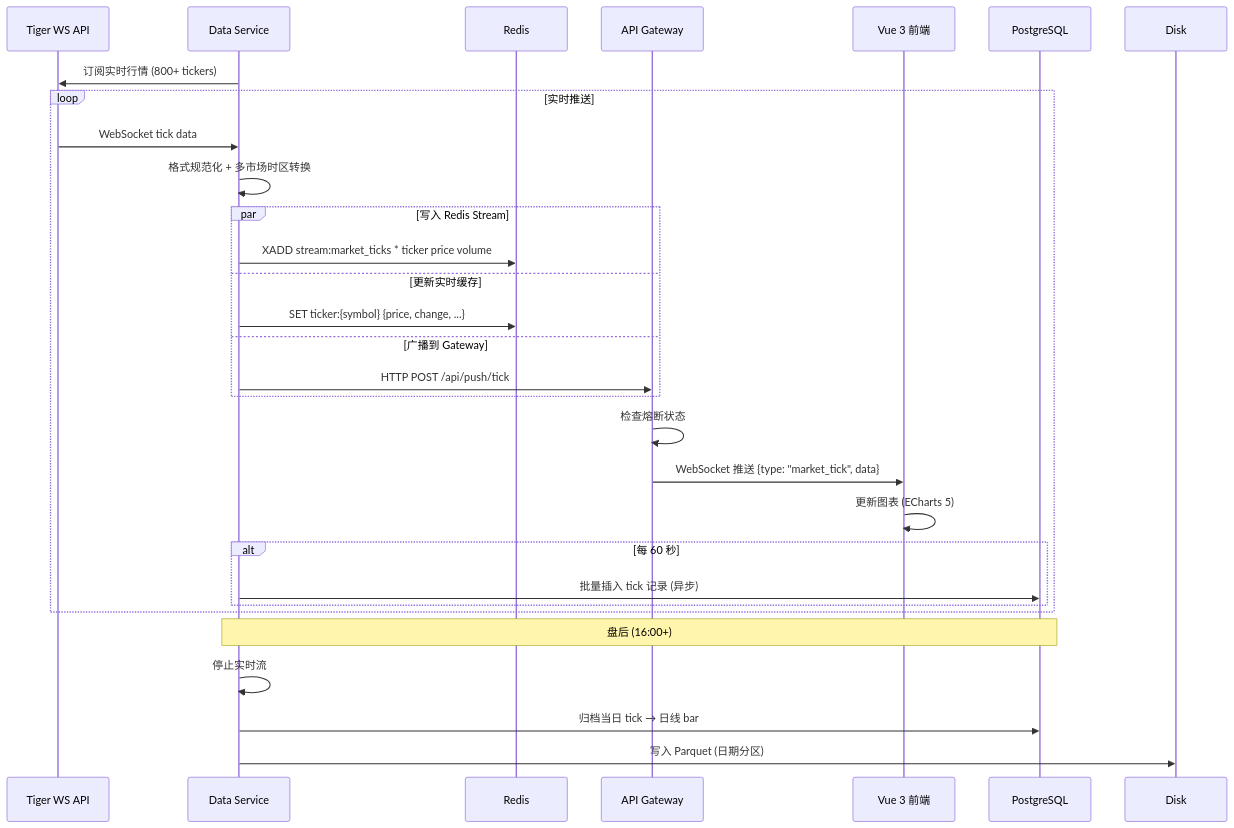
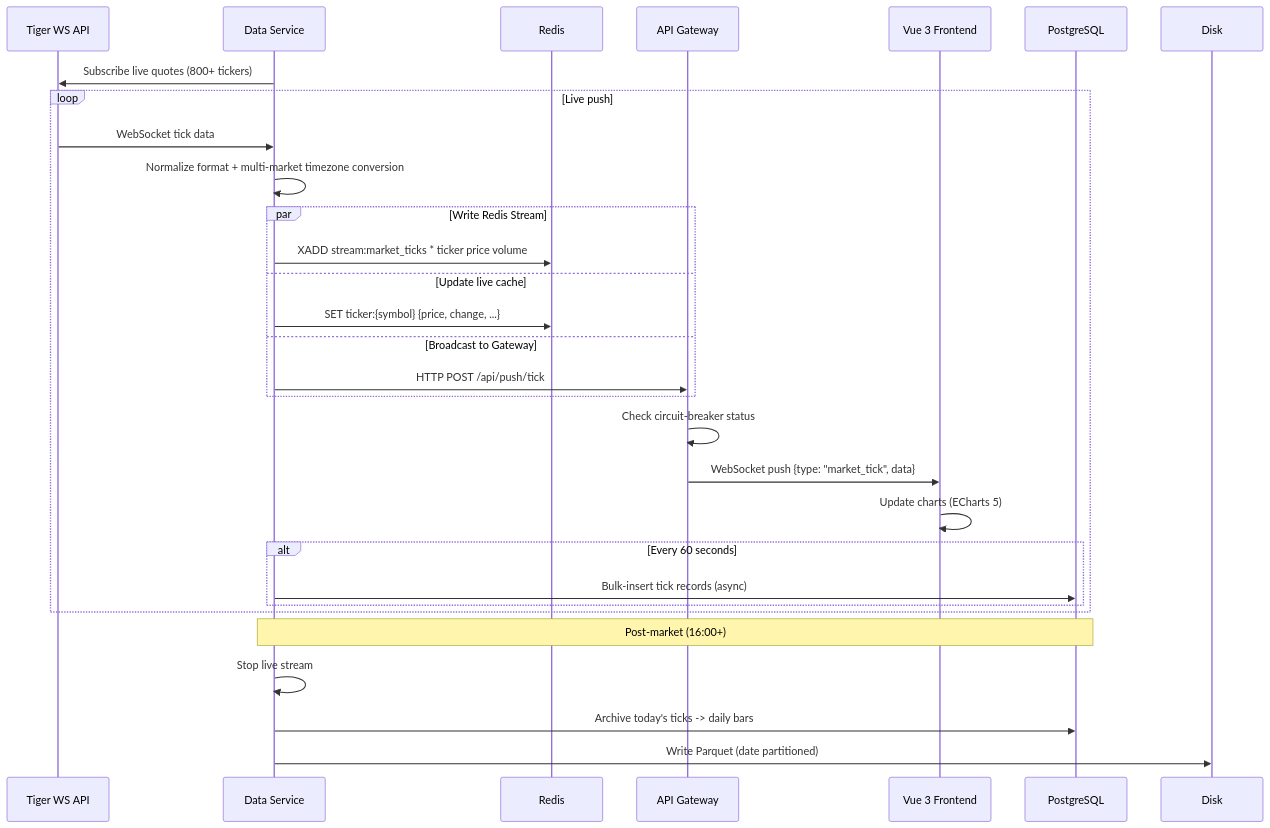
The fifth of 6 diagrams in docs/ARCHITECTURE-v2.md (AndrewMa1992/quant-ai-trader), drawn with Mermaid before and after one commit. The commit also changed other lines of this file and 130 other files, not shown here.

````diff
--- a/docs/ARCHITECTURE-v2.md
+++ b/docs/ARCHITECTURE-v2.md
@@ -928,37 +928,37 @@
 ```mermaid
 sequenceDiagram
     participant Tiger as Tiger WS API
     participant Data as Data Service
     participant Redis as Redis
     participant GW as API Gateway
-    participant FE as Vue 3 前端
+    participant FE as Vue 3 Frontend
     participant PG as PostgreSQL
 
-    Data->>Tiger: 订阅实时行情 (800+ tickers)
+    Data->>Tiger: Subscribe live quotes (800+ tickers)
     
-    loop 实时推送
+    loop Live push
         Tiger->>Data: WebSocket tick data
-        Data->>Data: 格式规范化 + 多市场时区转换
+        Data->>Data: Normalize format + multi-market timezone conversion
         
-        par 写入 Redis Stream
+        par Write Redis Stream
             Data->>Redis: XADD stream:market_ticks * ticker price volume
-        and 更新实时缓存
+        and Update live cache
             Data->>Redis: SET ticker:{symbol} {price, change, ...}
-        and 广播到 Gateway
+        and Broadcast to Gateway
             Data->>GW: HTTP POST /api/push/tick
         end
         
-        GW->>GW: 检查熔断状态
-        GW->>FE: WebSocket 推送 {type: "market_tick", data}
-        FE->>FE: 更新图表 (ECharts 5)
+        GW->>GW: Check circuit-breaker status
+        GW->>FE: WebSocket push {type: "market_tick", data}
+        FE->>FE: Update charts (ECharts 5)
         
-        alt 每 60 秒
-            Data->>PG: 批量插入 tick 记录 (异步)
+        alt Every 60 seconds
+            Data->>PG: Bulk-insert tick records (async)
         end
     end
     
-    Note over Data,PG: 盘后 (16:00+)
-    Data->>Data: 停止实时流
-    Data->>PG: 归档当日 tick → 日线 bar
-    Data->>Disk: 写入 Parquet (日期分区)
+    Note over Data,PG: Post-market (16:00+)
+    Data->>Data: Stop live stream
+    Data->>PG: Archive today's ticks -> daily bars
+    Data->>Disk: Write Parquet (date partitioned)
 ```
````
